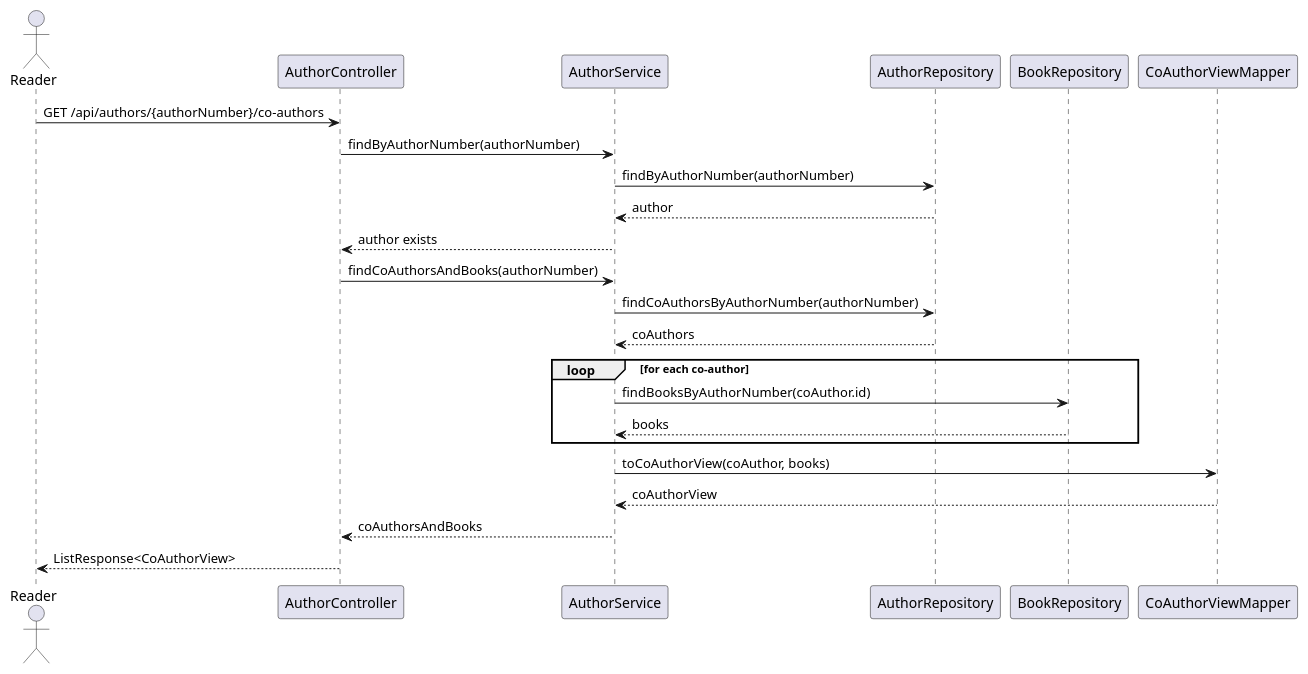
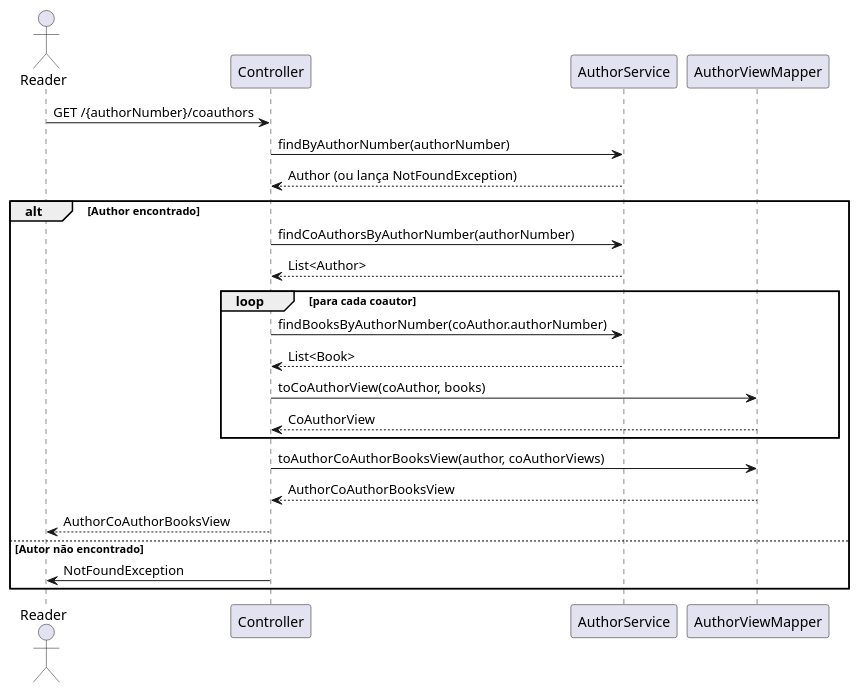
One commit to rutemf/1220944_1220772_G01 changed the diagram in Docs/Phase2/WP2B-Authors/Ph2-5-KnowCoAuthor/Ph2-4-KnowCoAuthors.puml. Above: the diagram before and after it, drawn with PlantUML. The commit also changed 7 other files, not shown here.

```diff
--- a/Docs/Phase2/WP2B-Authors/Ph2-5-KnowCoAuthor/Ph2-4-KnowCoAuthors.puml
+++ b/Docs/Phase2/WP2B-Authors/Ph2-5-KnowCoAuthor/Ph2-4-KnowCoAuthors.puml
@@ -1,25 +1,28 @@
 @startuml
 actor Reader
-participant "AuthorController" as AuthorController
+participant "Controller" as Controller
 participant "AuthorService" as AuthorService
-participant "AuthorRepository" as AuthorRepository
-participant "BookRepository" as BookRepository
-participant "CoAuthorViewMapper" as CoAuthorViewMapper
+participant "AuthorViewMapper" as AuthorViewMapper
 
-Reader -> AuthorController: GET /api/authors/{authorNumber}/co-authors
-AuthorController -> AuthorService: findByAuthorNumber(authorNumber)
-AuthorService -> AuthorRepository: findByAuthorNumber(authorNumber)
-AuthorRepository --> AuthorService: author
-AuthorService --> AuthorController: author exists
-AuthorController -> AuthorService: findCoAuthorsAndBooks(authorNumber)
-AuthorService -> AuthorRepository: findCoAuthorsByAuthorNumber(authorNumber)
-AuthorRepository --> AuthorService: coAuthors
-loop for each co-author
-    AuthorService -> BookRepository: findBooksByAuthorNumber(coAuthor.id)
-    BookRepository --> AuthorService: books
-end loop
-AuthorService -> CoAuthorViewMapper: toCoAuthorView(coAuthor, books)
-CoAuthorViewMapper --> AuthorService: coAuthorView
-AuthorService --> AuthorController: coAuthorsAndBooks
-AuthorController --> Reader: ListResponse<CoAuthorView>
+Reader -> Controller: GET /{authorNumber}/coauthors
+Controller -> AuthorService: findByAuthorNumber(authorNumber)
+AuthorService --> Controller: Author (ou lança NotFoundException)
+
+alt Author encontrado
+    Controller -> AuthorService: findCoAuthorsByAuthorNumber(authorNumber)
+    AuthorService --> Controller: List<Author>
+
+    loop para cada coautor
+        Controller -> AuthorService: findBooksByAuthorNumber(coAuthor.authorNumber)
+        AuthorService --> Controller: List<Book>
+        Controller -> AuthorViewMapper: toCoAuthorView(coAuthor, books)
+        AuthorViewMapper --> Controller: CoAuthorView
+    end loop
+
+    Controller -> AuthorViewMapper: toAuthorCoAuthorBooksView(author, coAuthorViews)
+    AuthorViewMapper --> Controller: AuthorCoAuthorBooksView
+    Controller --> Reader: AuthorCoAuthorBooksView
+else Autor não encontrado
+    Controller -> Reader: NotFoundException
+end
 @enduml
```
